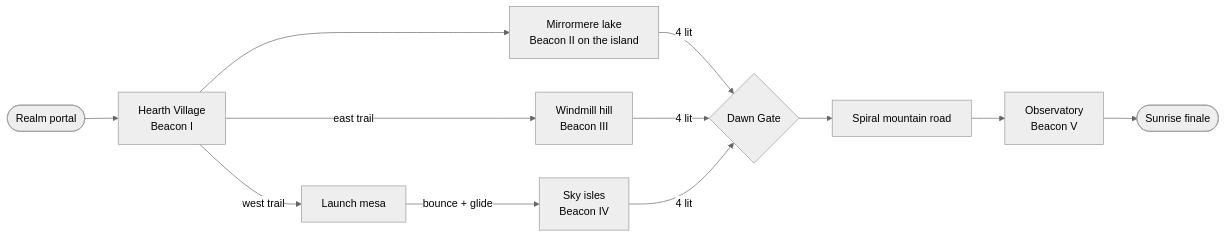
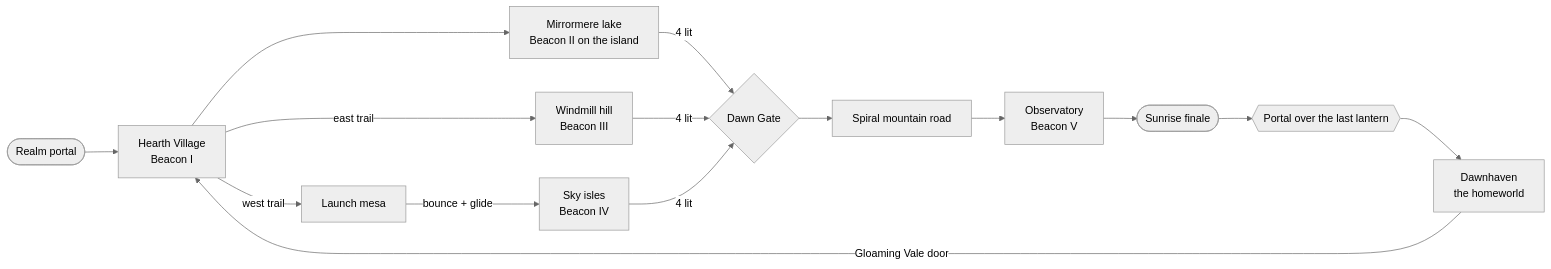
The diagram in docs/DESIGN.md (juan504n/spyro-game), drawn with Mermaid (neutral theme) before and after one commit. The commit also changed other lines of this file and 41 other files, not shown here.

````diff
--- a/docs/DESIGN.md
+++ b/docs/DESIGN.md
@@ -20,11 +20,13 @@
 ```mermaid
 flowchart LR
   spawn([Realm portal]) --> V[Hearth Village<br/>Beacon I]
   V --> L[Mirrormere lake<br/>Beacon II on the island]
   V -->|east trail| M[Windmill hill<br/>Beacon III]
   V -->|west trail| Mesa[Launch mesa]
   Mesa -->|bounce + glide| S[Sky isles<br/>Beacon IV]
   L & M & S -->|4 lit| G{Dawn Gate}
   G --> T[Spiral mountain road] --> O[Observatory<br/>Beacon V]
   O --> Sunrise([Sunrise finale])
+  Sunrise --> P{{Portal over the last lantern}} --> H[Dawnhaven<br/>the homeworld]
+  H -->|Gloaming Vale door| V
 ```
````
